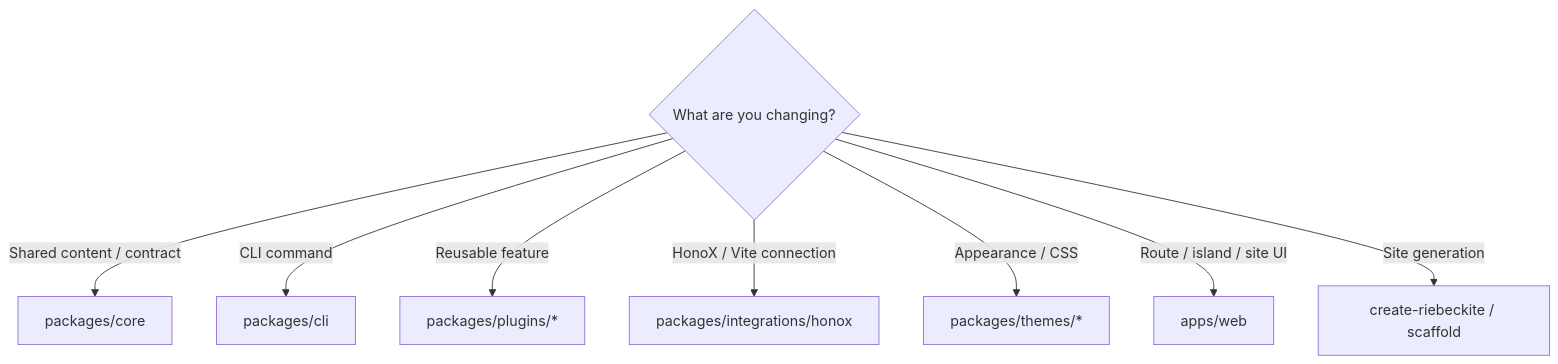
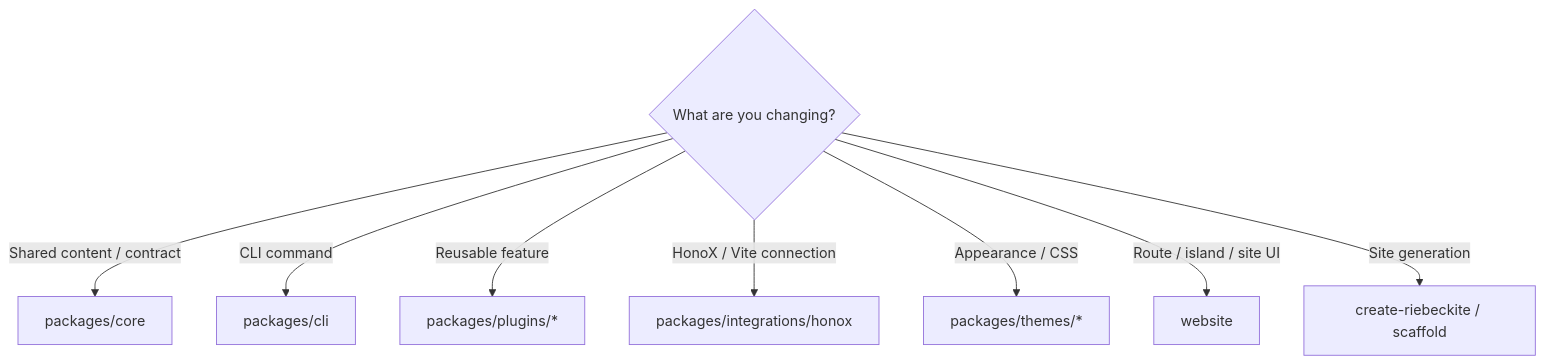
The second of 3 diagrams in docs/docs/framework/development/workflow.md (Rerurate514/riebeckite), drawn with Mermaid before and after one commit. The commit also changed other lines of this file and 125 other files, not shown here.

````diff
--- a/docs/docs/framework/development/workflow.md
+++ b/docs/docs/framework/development/workflow.md
@@ -40,12 +40,12 @@
 ```mermaid
 flowchart TD
     Q{"What are you changing?"}
 
     Q -->|"Shared content / contract"| Core["packages/core"]
     Q -->|"CLI command"| CLI["packages/cli"]
     Q -->|"Reusable feature"| Plugin["packages/plugins/*"]
     Q -->|"HonoX / Vite connection"| Integration["packages/integrations/honox"]
     Q -->|"Appearance / CSS"| Theme["packages/themes/*"]
-    Q -->|"Route / island / site UI"| App["apps/web"]
+    Q -->|"Route / island / site UI"| App["website"]
     Q -->|"Site generation"| Scaffold["create-riebeckite / scaffold"]
 ```
````
